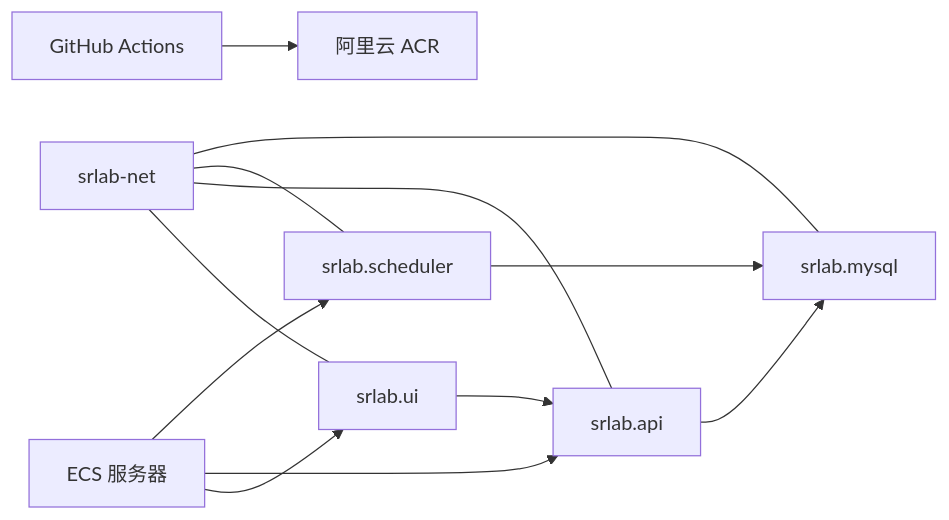
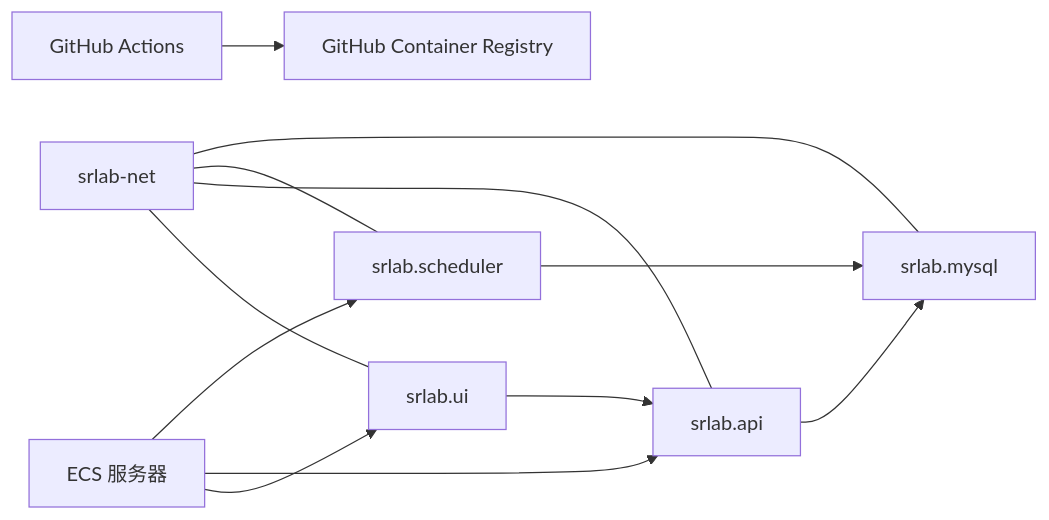
One commit to TinyMaD/SpeedRunnersLab changed the fourth of 4 diagrams in .qoder/repowiki/zh/content/部署运维.md. Above: the diagram before and after it, drawn with Mermaid. The commit also changed other lines of this file and 13 other files, not shown here.

Commit message:
feat(deploy): 新增部署迁移脚本与图表交互优化

````diff
--- a/.qoder/repowiki/zh/content/部署运维.md
+++ b/.qoder/repowiki/zh/content/部署运维.md
@@ -252,14 +282,14 @@
 ```mermaid
 graph LR
 UI["srlab.ui"] --> API["srlab.api"]
 API --> DB["srlab.mysql"]
 SCHED["srlab.scheduler"] --> DB
 NET["srlab-net"] --- UI
 NET --- API
 NET --- SCHED
 NET --- DB
-GHA["GitHub Actions"] --> ACR["阿里云 ACR"]
+GHA["GitHub Actions"] --> GHCR["GitHub Container Registry"]
 ECS["ECS 服务器"] --> UI
 ECS --> API
 ECS --> SCHED
 ```
````
